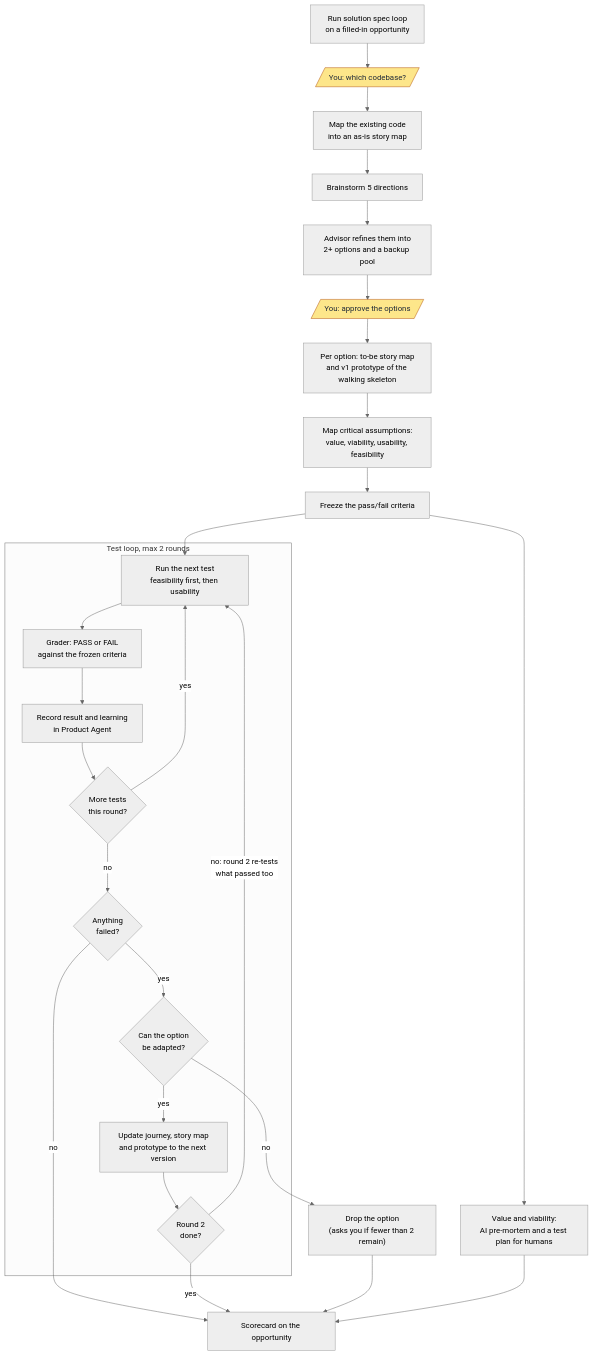
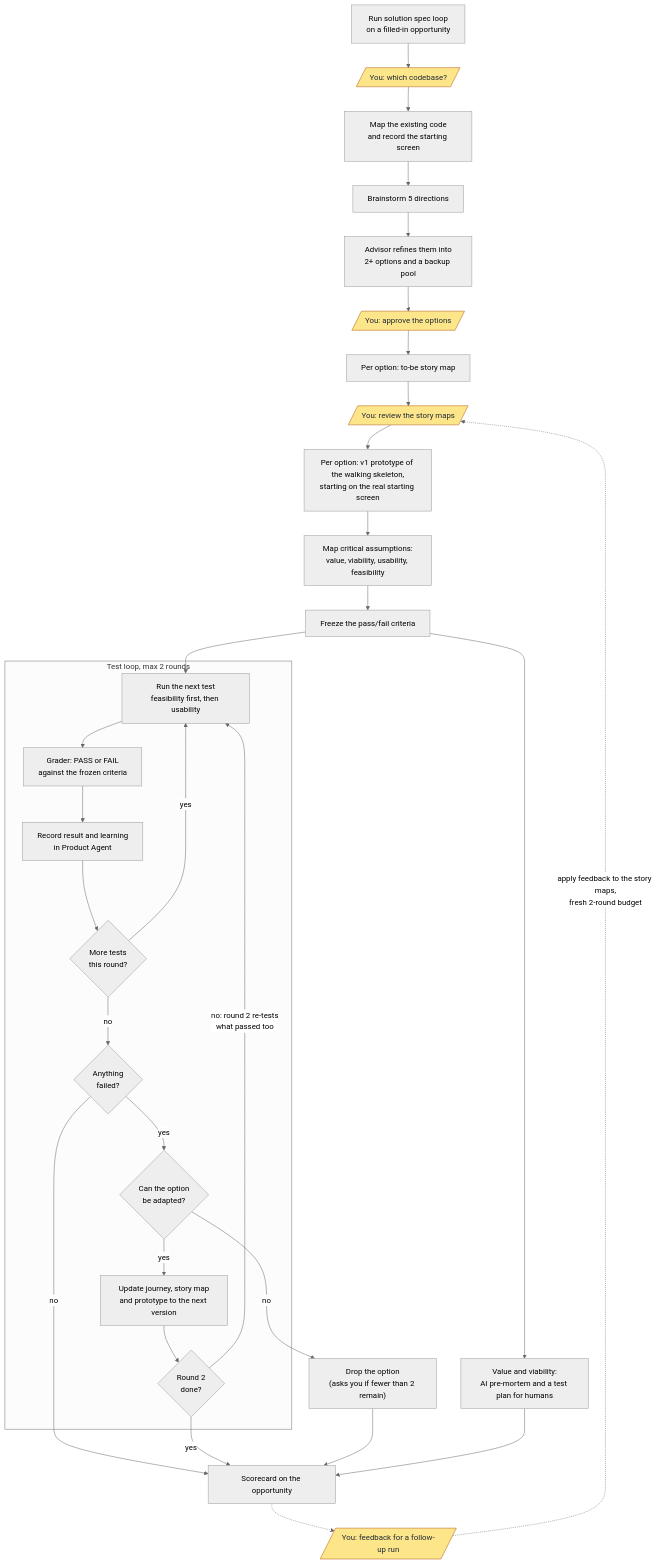
The diagram in Product-Agent-app/README.md (catalinviciu/product-builder-agent), drawn with Mermaid (neutral theme) before and after one commit. The commit also changed other lines of this file and 6 other files, not shown here.

First line of the commit message:
Spec loop: real starting screen, story map review, follow-up runs, links

````diff
--- a/Product-Agent-app/README.md
+++ b/Product-Agent-app/README.md
@@ -239,34 +241,38 @@
 ```mermaid
 flowchart TD
     A["Run solution spec loop<br/>on a filled-in opportunity"] --> B[/"You: which codebase?"/]
-    B --> C["Map the existing code<br/>into an as-is story map"]
+    B --> C["Map the existing code<br/>and record the starting screen"]
     C --> D["Brainstorm 5 directions"]
     D --> E["Advisor refines them into<br/>2+ options and a backup pool"]
     E --> F[/"You: approve the options"/]
-    F --> G["Per option: to-be story map<br/>and v1 prototype of the walking skeleton"]
-    G --> H["Map critical assumptions:<br/>value, viability, usability, feasibility"]
+    F --> G["Per option: to-be story map"]
+    G --> SM[/"You: review the story maps"/]
+    SM --> G2["Per option: v1 prototype of the walking skeleton,<br/>starting on the real starting screen"]
+    G2 --> H["Map critical assumptions:<br/>value, viability, usability, feasibility"]
     H --> I["Freeze the pass/fail criteria"]
     I --> V["Value and viability:<br/>AI pre-mortem and a test plan for humans"]
     I --> J
 
     subgraph LOOP ["Test loop, max 2 rounds"]
         J["Run the next test<br/>feasibility first, then usability"] --> K["Grader: PASS or FAIL<br/>against the frozen criteria"]
         K --> L["Record result and learning<br/>in Product Agent"]
         L --> M{"More tests<br/>this round?"}
         M -- yes --> J
         M -- no --> N{"Anything<br/>failed?"}
         N -- yes --> O{"Can the option<br/>be adapted?"}
         O -- yes --> P["Update journey, story map<br/>and prototype to the next version"]
         P --> Q{"Round 2<br/>done?"}
         Q -- "no: round 2 re-tests<br/>what passed too" --> J
     end
 
     O -- no --> R["Drop the option<br/>(asks you if fewer than 2 remain)"]
     N -- no --> S["Scorecard on the opportunity"]
     Q -- yes --> S
     R --> S
     V --> S
+    S -.-> FB[/"You: feedback for a follow-up run"/]
+    FB -. "apply feedback to the story maps,<br/>fresh 2-round budget" .-> SM
 
     classDef human fill:#fde68a,stroke:#b45309,color:#1f2937
-    class B,F human
+    class B,F,SM,FB human
 ```
````
